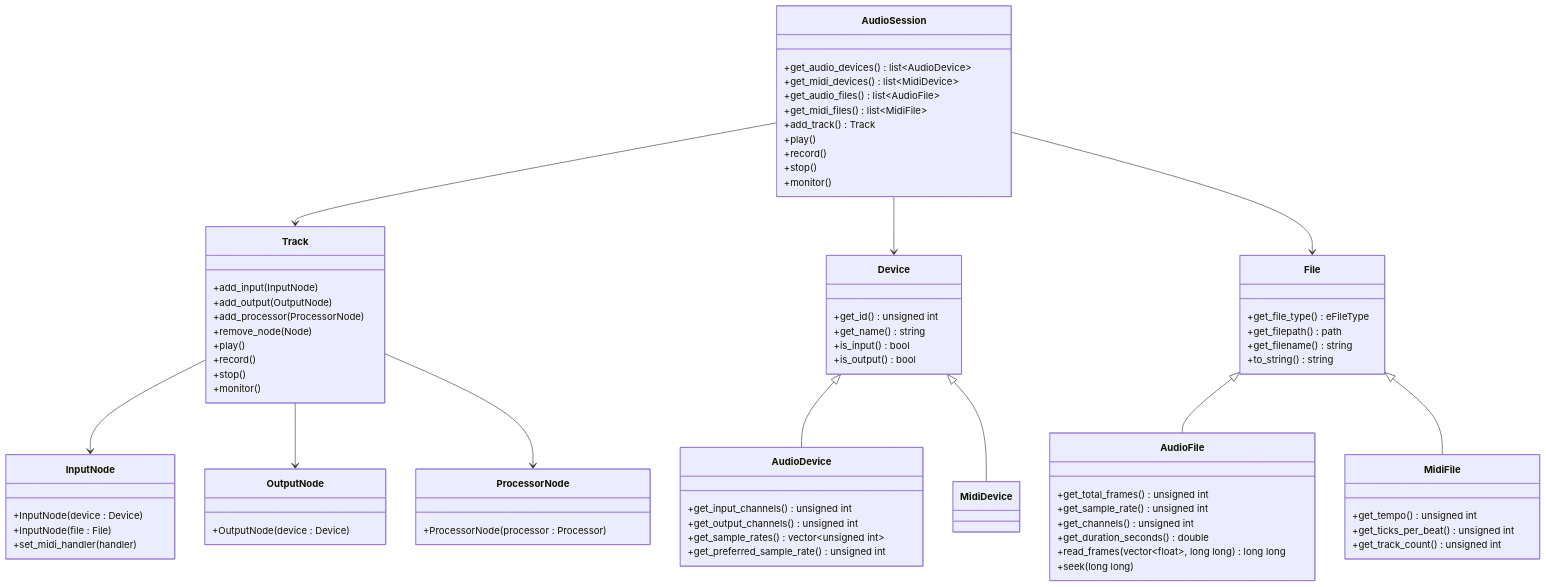
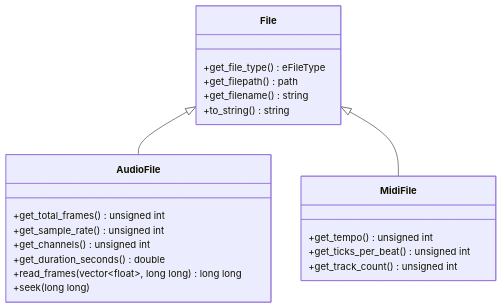
One commit to aidan-clyens/miniaudioengine changed diagram 19 of 25 in docs/DESIGN_DOC.md. Above: the diagram before and after it, drawn with Mermaid. The commit also changed other lines of this file and 1 other file, not shown here.

````diff
--- a/docs/DESIGN_DOC.md
+++ b/docs/DESIGN_DOC.md
@@ -573,59 +702,5 @@
-```mermaid
+```mermaid width=80%
 classDiagram
-
-    class AudioSession {
-        +get_audio_devices() list~AudioDevice~
-        +get_midi_devices() list~MidiDevice~
-        +get_audio_files() list~AudioFile~
-        +get_midi_files() list~MidiFile~
-        +add_track() Track
-        +play()
-        +record()
-        +stop()
-        +monitor()
-    }
-
-    class Track {
-        +add_input(InputNode)
-        +add_output(OutputNode)
-        +add_processor(ProcessorNode)
-        +remove_node(Node)
-        +play()
-        +record()
-        +stop()
-        +monitor()
-    }
-
-    class InputNode {
-        +InputNode(device : Device)
-        +InputNode(file : File)
-        +set_midi_handler(handler)
-    }
-
-    class OutputNode {
-        +OutputNode(device : Device)
-    }
-
-    class ProcessorNode {
-        +ProcessorNode(processor : Processor)
-    }
-
-    class Device {
-        +get_id() unsigned int
-        +get_name() string
-        +is_input() bool
-        +is_output() bool
-    }
-
-    class AudioDevice {
-        +get_input_channels() unsigned int
-        +get_output_channels() unsigned int
-        +get_sample_rates() vector~unsigned int~
-        +get_preferred_sample_rate() unsigned int
-    }
-
-    class MidiDevice {
-    }
 
     class File {
         +get_file_type() eFileType
@@ -649,14 +724,6 @@
         +get_track_count() unsigned int
     }
 
-    AudioSession --> Track
-    AudioSession --> Device
-    AudioSession --> File
-    Track --> InputNode
-    Track --> OutputNode
-    Track --> ProcessorNode
-    Device <|-- AudioDevice
-    Device <|-- MidiDevice
-    File <|-- AudioFile
-    File <|-- MidiFile
+    File<|--AudioFile
+    File<|--MidiFile
 ```
````
